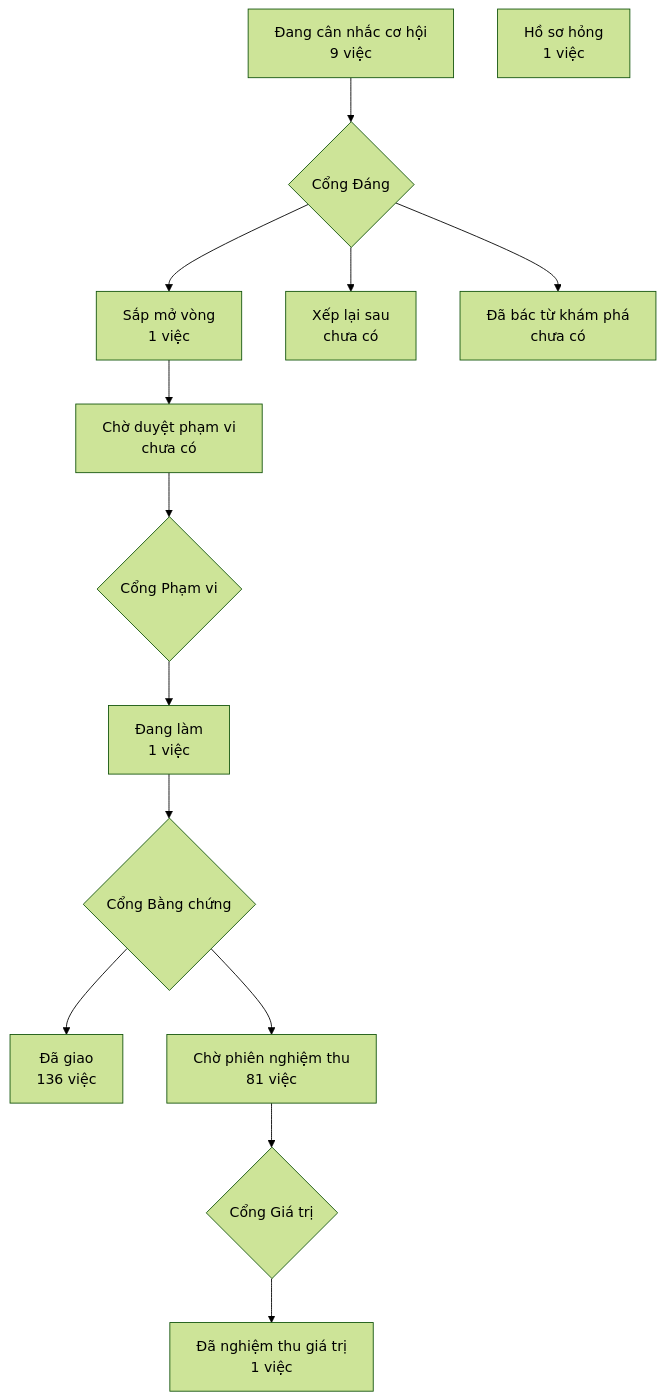
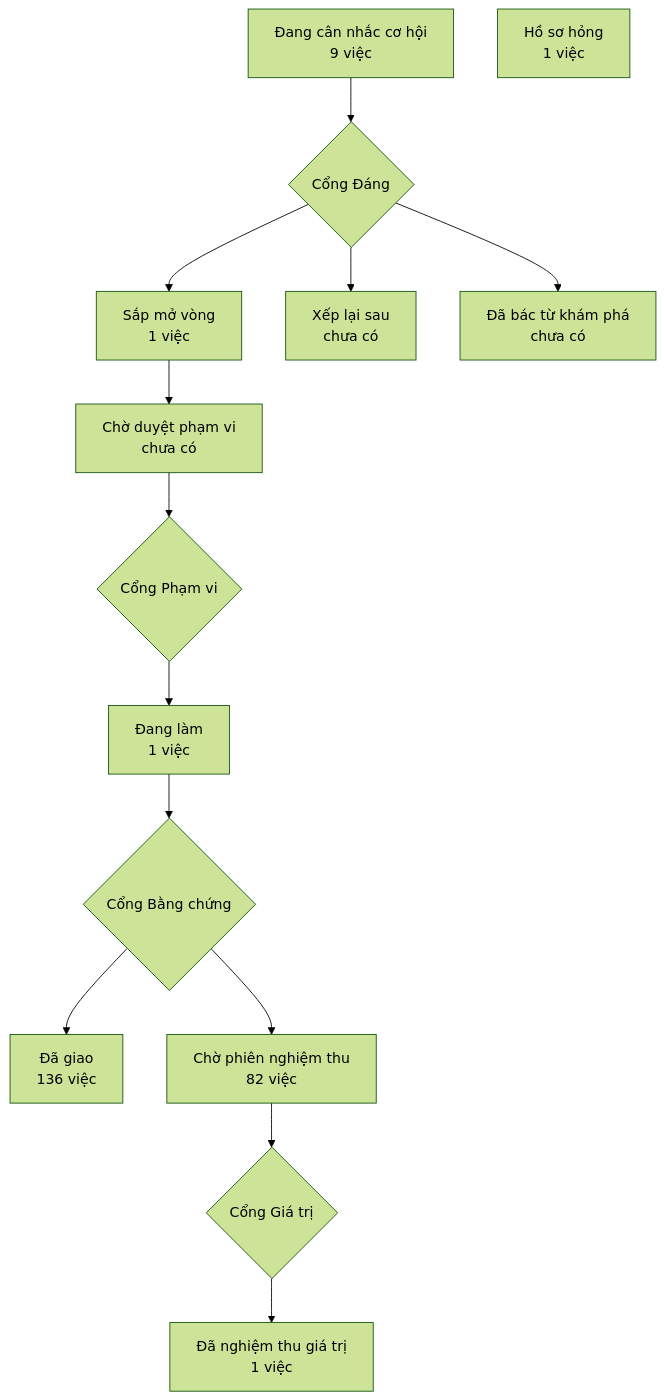
Before and after one commit to phanlemanh/crm-onehub: the diagram in PRODUCT-MAP.md, drawn with Mermaid (forest theme). The commit also changed 1 other file, not shown here.

Commit message:
docs: vẽ lại bản đồ sản phẩm và lộ trình sau gộp onehub 402536f5

````diff
--- a/PRODUCT-MAP.md
+++ b/PRODUCT-MAP.md
@@ -7,13 +7,13 @@
 ```mermaid
 flowchart TD
   A["Đang cân nhắc cơ hội<br/>9 việc"] --> GD{"Cổng Đáng"}
   GD --> B["Sắp mở vòng<br/>1 việc"]
   GD --> XL["Xếp lại sau<br/>chưa có"]
   GD --> DB["Đã bác từ khám phá<br/>chưa có"]
   B --> CD["Chờ duyệt phạm vi<br/>chưa có"] --> GP{"Cổng Phạm vi"}
   GP --> DL["Đang làm<br/>1 việc"] --> GB{"Cổng Bằng chứng"}
   GB --> DG["Đã giao<br/>136 việc"]
-  GB --> CN["Chờ phiên nghiệm thu<br/>81 việc"] --> GG{"Cổng Giá trị"}
+  GB --> CN["Chờ phiên nghiệm thu<br/>82 việc"] --> GG{"Cổng Giá trị"}
   GG --> NT["Đã nghiệm thu giá trị<br/>1 việc"]
   HS["Hồ sơ hỏng<br/>1 việc"]
 ```
````
